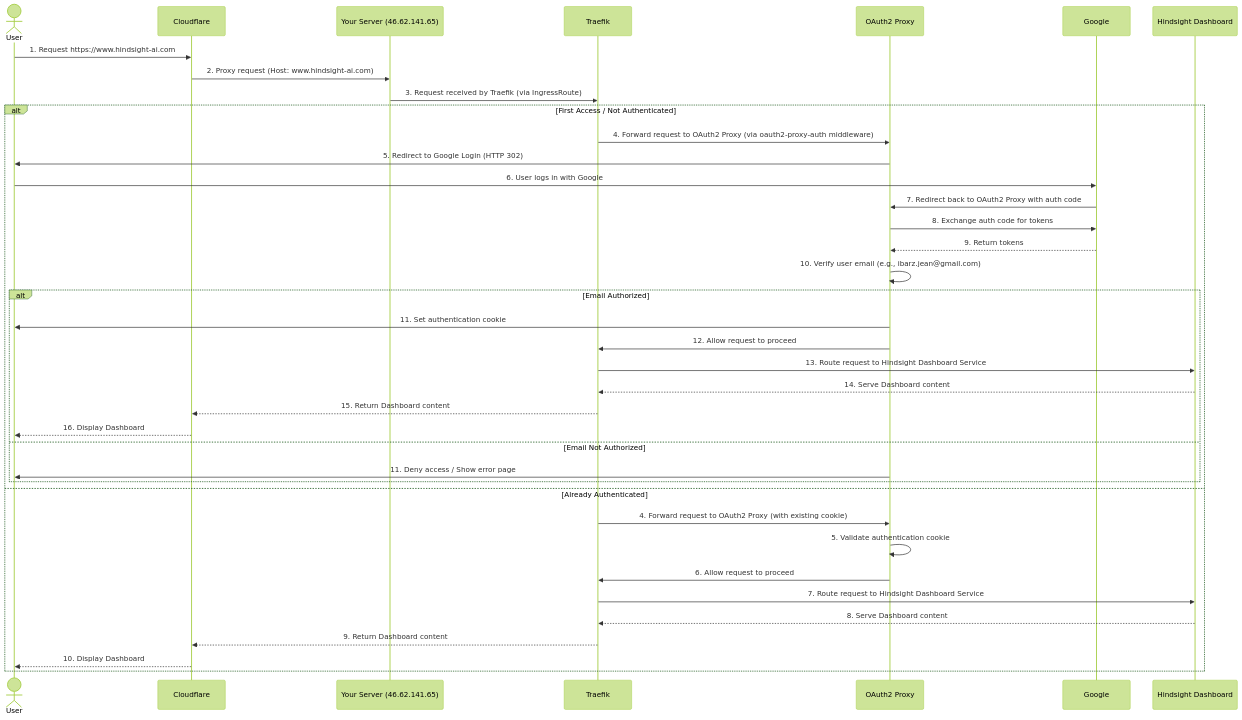
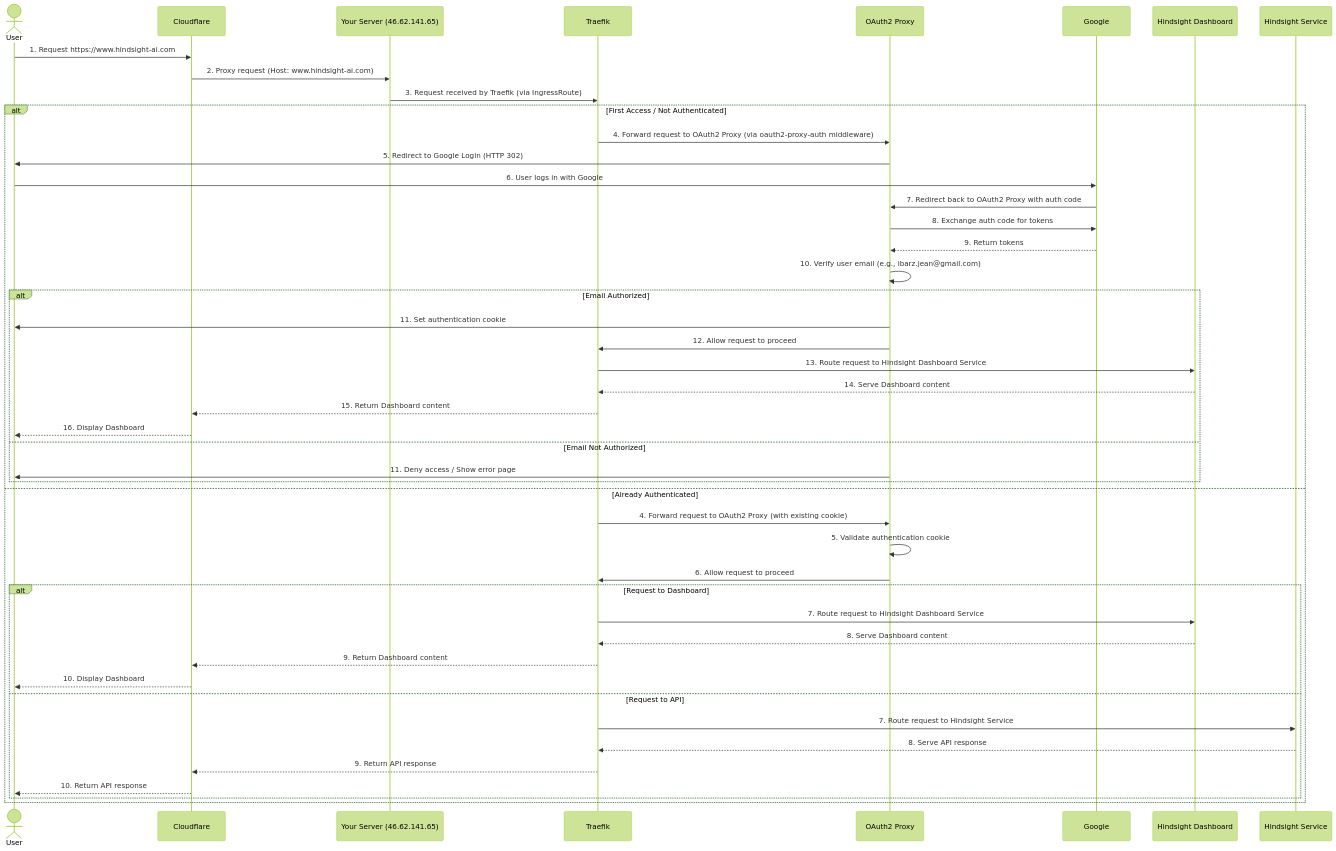
Before and after one commit to hindsight-ai/hindsight-ai: the diagram in docs/authentication_flow.md, drawn with Mermaid (forest theme). The commit also changed 6 other files, not shown here.

````diff
--- a/docs/authentication_flow.md
+++ b/docs/authentication_flow.md
@@ -5,42 +5,50 @@
 ```mermaid
 sequenceDiagram
     actor User
     participant Cloudflare
     participant ServerIP as Your Server (46.62.141.65)
     participant Traefik
     participant OAuth2Proxy as OAuth2 Proxy
     participant Google
     participant HindsightDashboard as Hindsight Dashboard
+    participant HindsightService as Hindsight Service
 
     User->>Cloudflare: 1. Request https://www.hindsight-ai.com
     Cloudflare->>ServerIP: 2. Proxy request (Host: www.hindsight-ai.com)
     ServerIP->>Traefik: 3. Request received by Traefik (via IngressRoute)
 
     alt First Access / Not Authenticated
         Traefik->>OAuth2Proxy: 4. Forward request to OAuth2 Proxy (via oauth2-proxy-auth middleware)
         OAuth2Proxy->>User: 5. Redirect to Google Login (HTTP 302)
         User->>Google: 6. User logs in with Google
         Google->>OAuth2Proxy: 7. Redirect back to OAuth2 Proxy with auth code
         OAuth2Proxy->>Google: 8. Exchange auth code for tokens
         Google-->>OAuth2Proxy: 9. Return tokens
         OAuth2Proxy->>OAuth2Proxy: 10. Verify user email (e.g., ibarz.jean@gmail.com)
         alt Email Authorized
             OAuth2Proxy->>User: 11. Set authentication cookie
             OAuth2Proxy->>Traefik: 12. Allow request to proceed
             Traefik->>HindsightDashboard: 13. Route request to Hindsight Dashboard Service
             HindsightDashboard-->>Traefik: 14. Serve Dashboard content
             Traefik-->>Cloudflare: 15. Return Dashboard content
             Cloudflare-->>User: 16. Display Dashboard
         else Email Not Authorized
             OAuth2Proxy->>User: 11. Deny access / Show error page
         end
     else Already Authenticated
         Traefik->>OAuth2Proxy: 4. Forward request to OAuth2 Proxy (with existing cookie)
         OAuth2Proxy->>OAuth2Proxy: 5. Validate authentication cookie
         OAuth2Proxy->>Traefik: 6. Allow request to proceed
-        Traefik->>HindsightDashboard: 7. Route request to Hindsight Dashboard Service
-        HindsightDashboard-->>Traefik: 8. Serve Dashboard content
-        Traefik-->>Cloudflare: 9. Return Dashboard content
-        Cloudflare-->>User: 10. Display Dashboard
+        alt Request to Dashboard
+            Traefik->>HindsightDashboard: 7. Route request to Hindsight Dashboard Service
+            HindsightDashboard-->>Traefik: 8. Serve Dashboard content
+            Traefik-->>Cloudflare: 9. Return Dashboard content
+            Cloudflare-->>User: 10. Display Dashboard
+        else Request to API
+            Traefik->>HindsightService: 7. Route request to Hindsight Service
+            HindsightService-->>Traefik: 8. Serve API response
+            Traefik-->>Cloudflare: 9. Return API response
+            Cloudflare-->>User: 10. Return API response
+        end
     end
 ```
````
